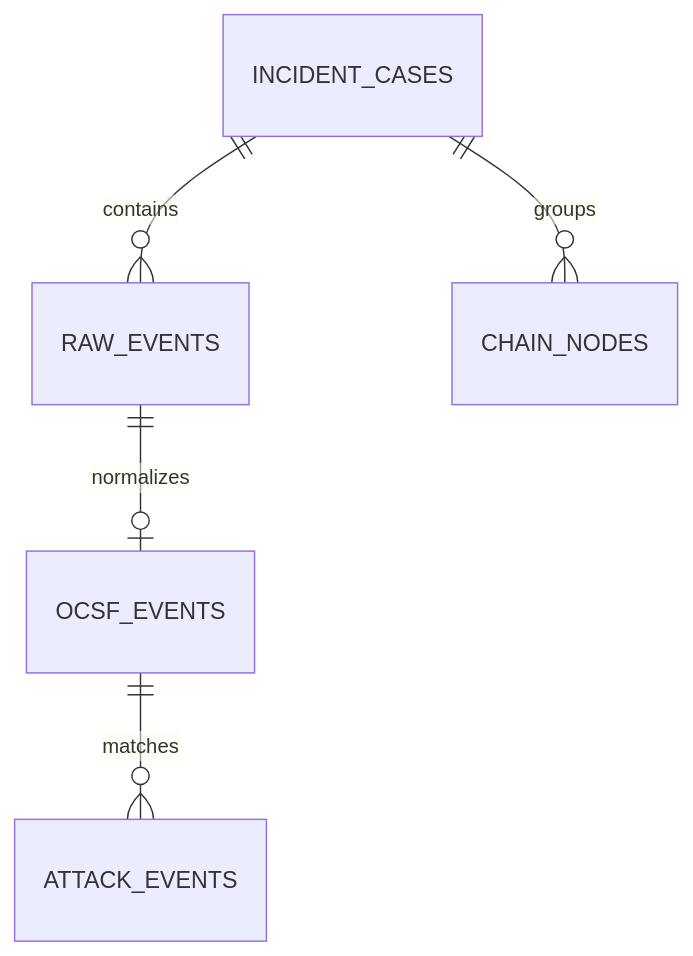
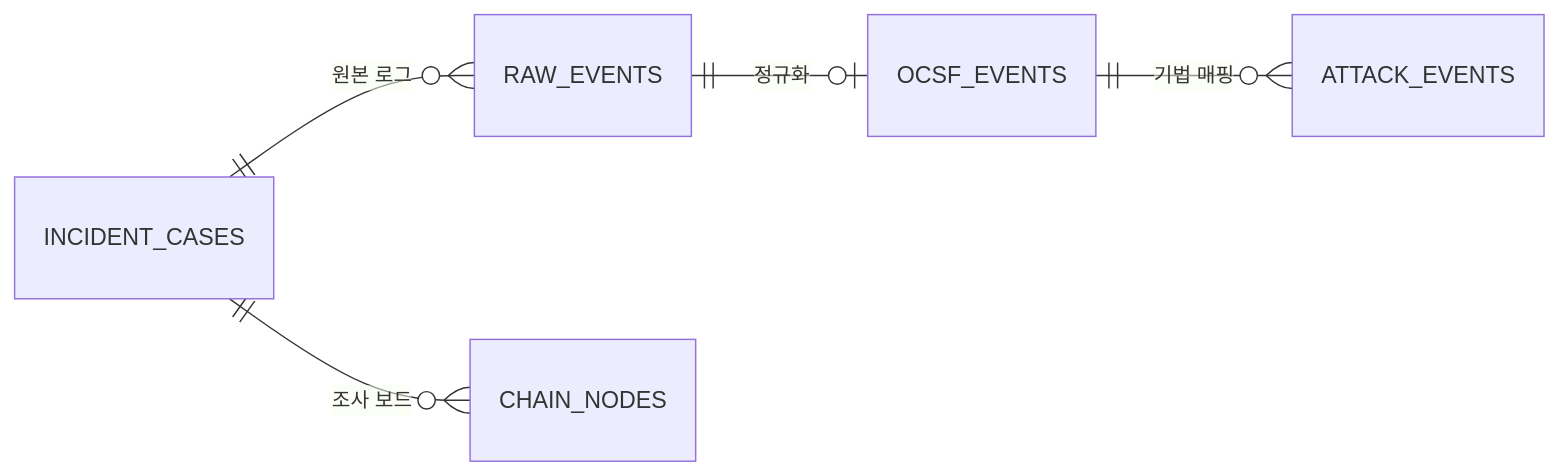
The second of 2 diagrams in docs/investigation-board.md (acvbbnm/cloud), drawn with Mermaid before and after one commit. The commit also changed other lines of this file and 9 other files, not shown here.

```diff
--- a/docs/investigation-board.md
+++ b/docs/investigation-board.md
@@ -24,7 +24,8 @@
 ~~~mermaid
 erDiagram
-    INCIDENT_CASES ||--o{ RAW_EVENTS : contains
-    RAW_EVENTS ||--o| OCSF_EVENTS : normalizes
-    OCSF_EVENTS ||--o{ ATTACK_EVENTS : matches
-    INCIDENT_CASES ||--o{ CHAIN_NODES : groups
+    direction LR
+    INCIDENT_CASES ||--o{ RAW_EVENTS : "원본 로그"
+    RAW_EVENTS ||--o| OCSF_EVENTS : "정규화"
+    OCSF_EVENTS ||--o{ ATTACK_EVENTS : "기법 매핑"
+    INCIDENT_CASES ||--o{ CHAIN_NODES : "조사 보드"
 ~~~
```
